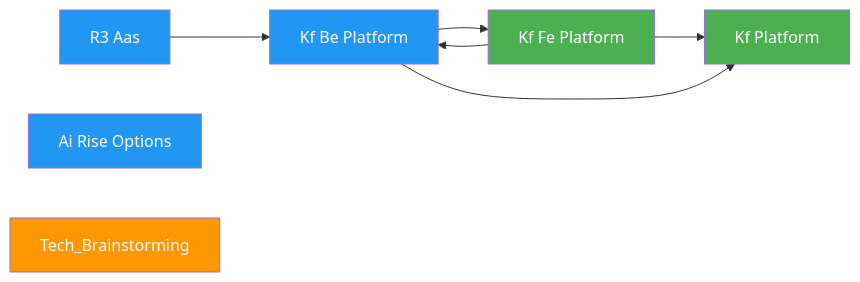
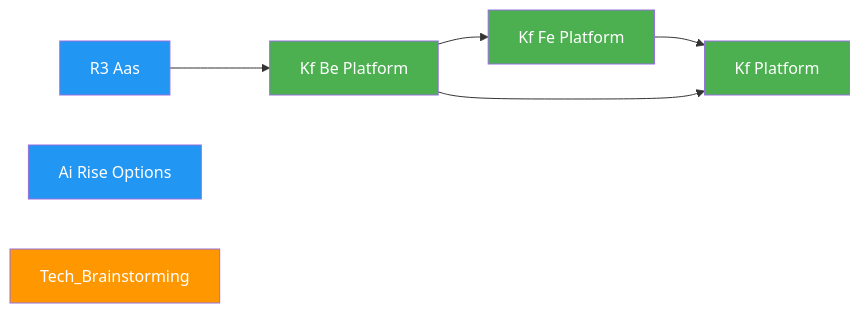
The diagram in docs/dependency-graph.md (Katty-Fashion/kf-cpto), drawn with Mermaid before and after one commit. The commit also changed other lines of this file and 15 other files, not shown here.

````diff
--- a/docs/dependency-graph.md
+++ b/docs/dependency-graph.md
@@ -10,18 +10,17 @@
 ```mermaid
 graph LR
     R3_AAS["R3 Aas"]:::eu
     ai_rise_options["Ai Rise Options"]:::eu
-    kf_be_platform["Kf Be Platform"]:::eu
+    kf_be_platform["Kf Be Platform"]:::saas
     kf_fe_platform["Kf Fe Platform"]:::saas
     kf_platform["Kf Platform"]:::saas
     tech_brainstorming["Tech_Brainstorming"]:::internal
-    kf_fe_platform --> kf_be_platform
     R3_AAS --> kf_be_platform
     kf_be_platform --> kf_fe_platform
     kf_fe_platform --> kf_platform
     kf_be_platform --> kf_platform
 
     classDef saas fill:#4CAF50,color:#fff
     classDef eu fill:#2196F3,color:#fff
     classDef internal fill:#FF9800,color:#fff
 ```
````
